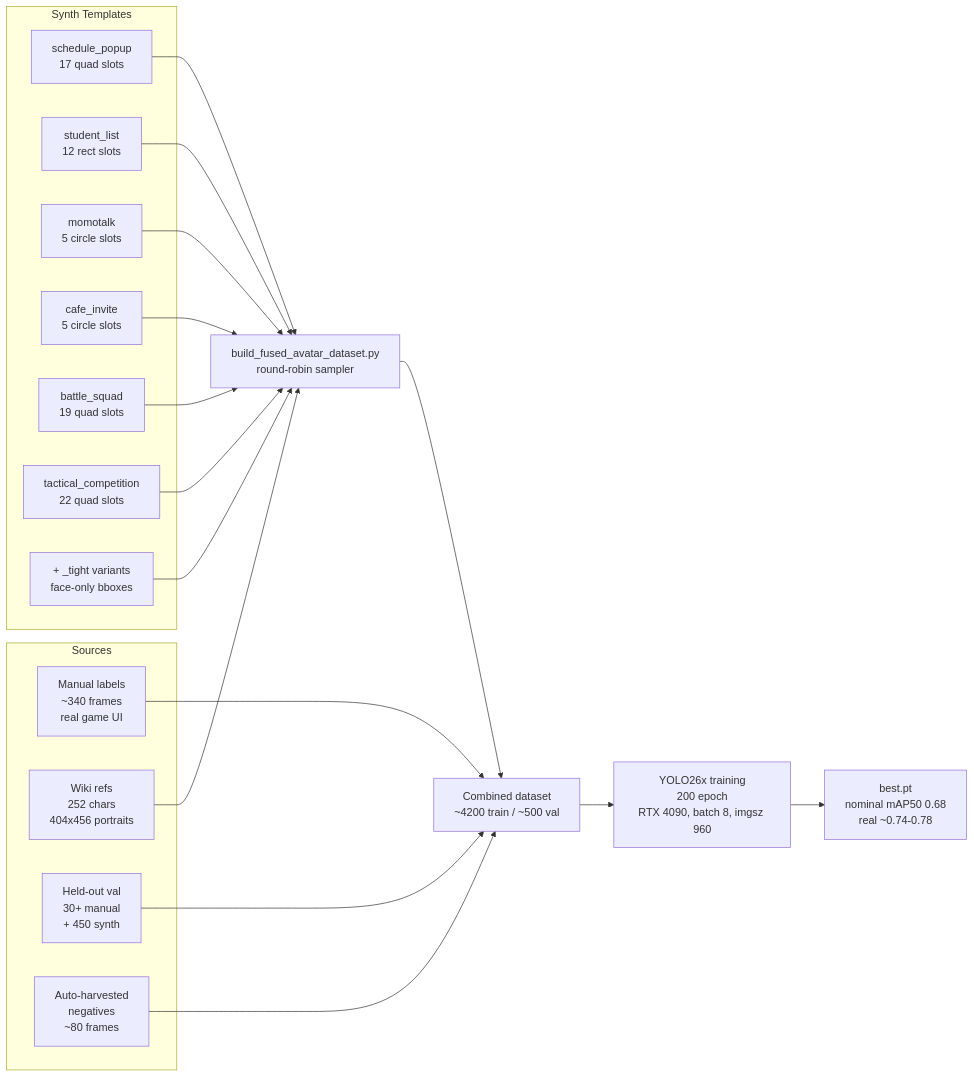
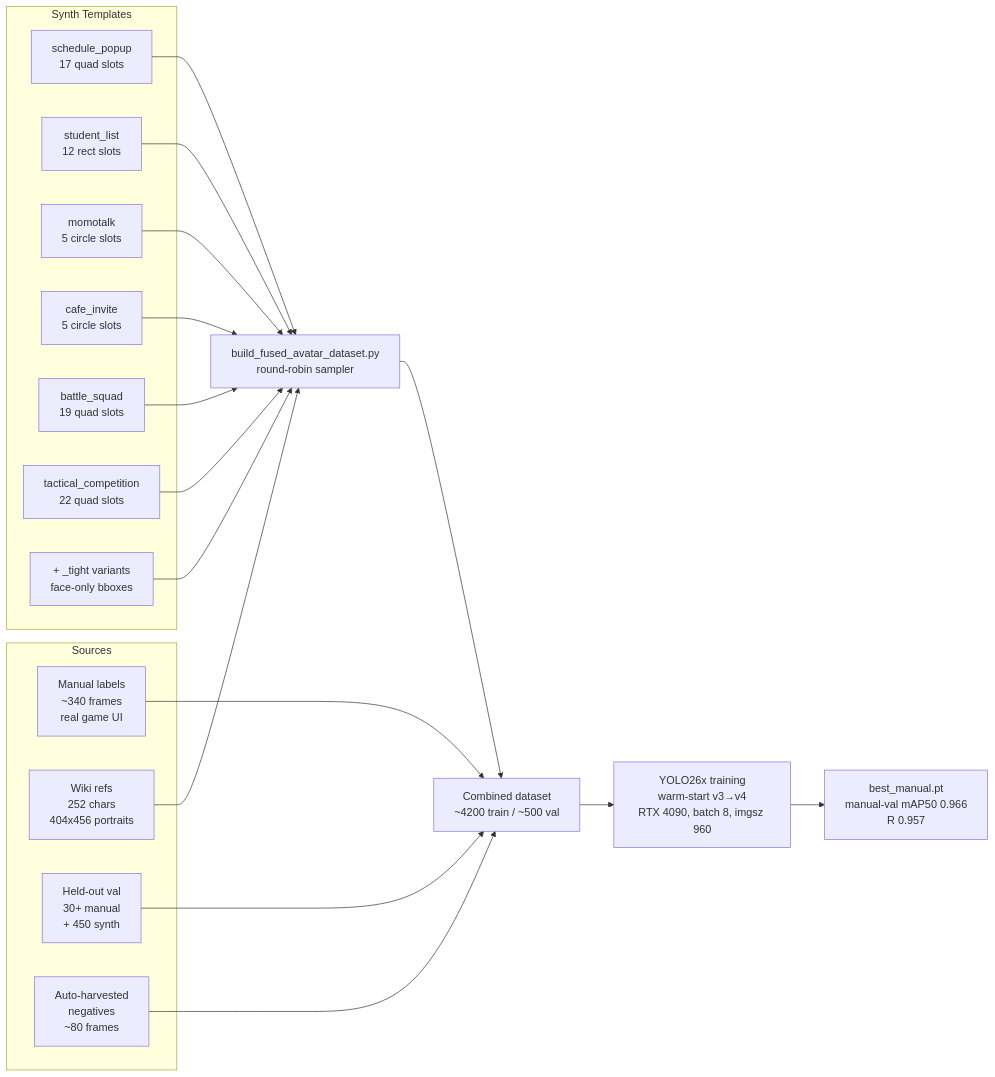
The third of 5 diagrams in README.md (C0k11/blue-archive-assistant), drawn with Mermaid before and after one commit. The commit also changed other lines of this file, not shown here.

Commit message:
docs: align README back-half with current state (avatar v4 shipped, UI-train workflow, repo layout, val pools)

````diff
--- a/README.md
+++ b/README.md
@@ -135,32 +135,32 @@
 ```mermaid
 flowchart LR
     subgraph Sources
         M[Manual labels<br/>~340 frames<br/>real game UI]
         W[Wiki refs<br/>252 chars<br/>404x456 portraits]
         V[Held-out val<br/>30+ manual<br/>+ 450 synth]
         N[Auto-harvested<br/>negatives<br/>~80 frames]
     end
     subgraph Synth Templates
         T1[schedule_popup<br/>17 quad slots]
         T2[student_list<br/>12 rect slots]
         T3[momotalk<br/>5 circle slots]
         T4[cafe_invite<br/>5 circle slots]
         T5[battle_squad<br/>19 quad slots]
         T6[tactical_competition<br/>22 quad slots]
         T7[+ _tight variants<br/>face-only bboxes]
     end
     W --> S[build_fused_avatar_dataset.py<br/>round-robin sampler]
     T1 --> S
     T2 --> S
     T3 --> S
     T4 --> S
     T5 --> S
     T6 --> S
     T7 --> S
     M --> D[Combined dataset<br/>~4200 train / ~500 val]
     S --> D
     N --> D
     V --> D
-    D --> Y[YOLO26x training<br/>200 epoch<br/>RTX 4090, batch 8, imgsz 960]
-    Y --> B[best.pt<br/>nominal mAP50 0.68<br/>real ~0.74-0.78]
+    D --> Y[YOLO26x training<br/>warm-start v3→v4<br/>RTX 4090, batch 8, imgsz 960]
+    Y --> B[best_manual.pt<br/>manual-val mAP50 0.966<br/>R 0.957]
 ```
````
